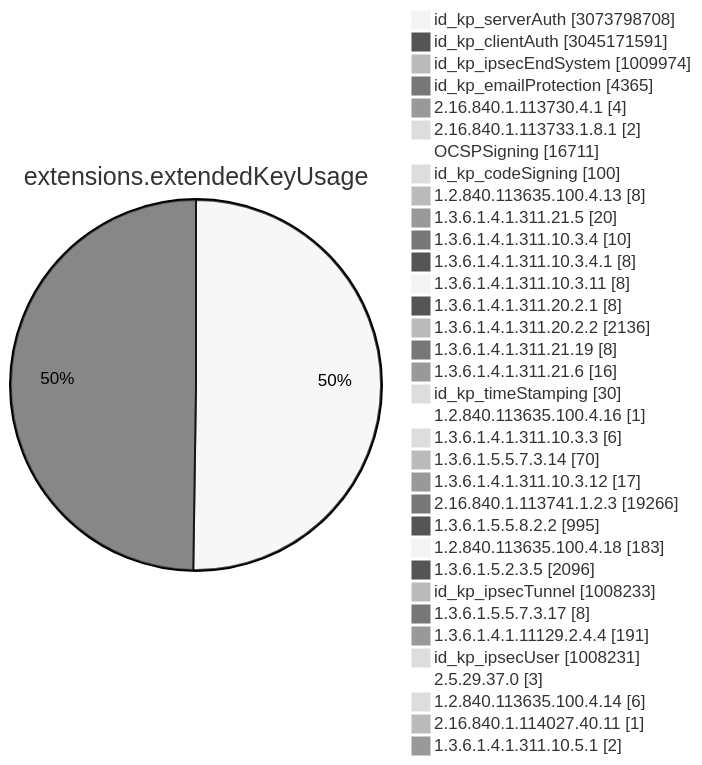
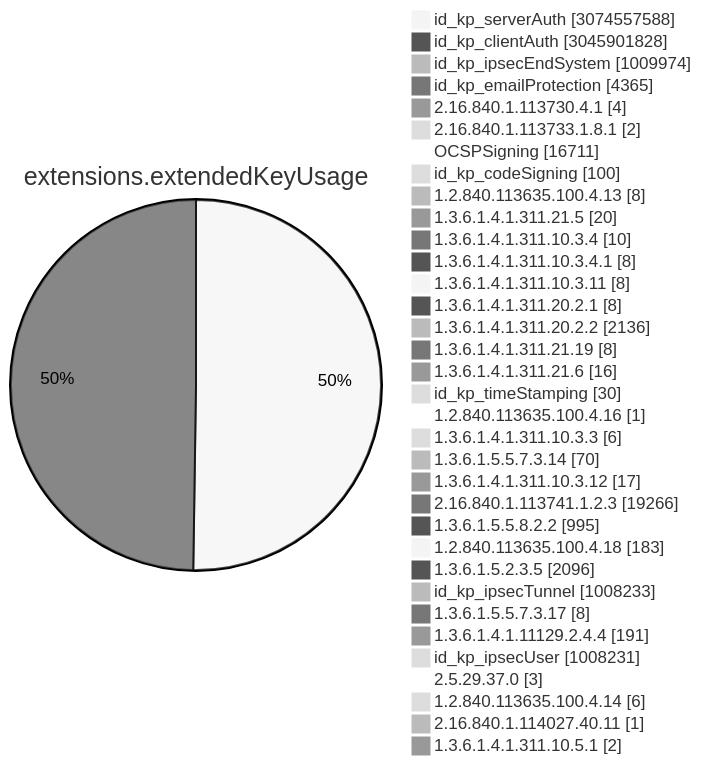
Before and after one commit to christiankrug/ctmonitor_visualization: diagram 11 of 15 in TOTAL/README.md, drawn with Mermaid (neutral theme). The commit also changed other lines of this file, not shown here.

````diff
--- a/TOTAL/README.md
+++ b/TOTAL/README.md
@@ -4117,38 +4117,38 @@
 ```mermaid
 pie showData
 title extensions.extendedKeyUsage
-"id_kp_serverAuth" :3073798708
-"id_kp_clientAuth" :3045171591
+"id_kp_serverAuth" :3074557588
+"id_kp_clientAuth" :3045901828
 "id_kp_ipsecEndSystem" :1009974
 "id_kp_emailProtection" :4365
 "2.16.840.1.113730.4.1" :4
 "2.16.840.1.113733.1.8.1" :2
 "OCSPSigning" :16711
 "id_kp_codeSigning" :100
 "1.2.840.113635.100.4.13" :8
 "1.3.6.1.4.1.311.21.5" :20
 "1.3.6.1.4.1.311.10.3.4" :10
 "1.3.6.1.4.1.311.10.3.4.1" :8
 "1.3.6.1.4.1.311.10.3.11" :8
 "1.3.6.1.4.1.311.20.2.1" :8
 "1.3.6.1.4.1.311.20.2.2" :2136
 "1.3.6.1.4.1.311.21.19" :8
 "1.3.6.1.4.1.311.21.6" :16
 "id_kp_timeStamping" :30
 "1.2.840.113635.100.4.16" :1
 "1.3.6.1.4.1.311.10.3.3" :6
 "1.3.6.1.5.5.7.3.14" :70
 "1.3.6.1.4.1.311.10.3.12" :17
 "2.16.840.1.113741.1.2.3" :19266
 "1.3.6.1.5.5.8.2.2" :995
 "1.2.840.113635.100.4.18" :183
 "1.3.6.1.5.2.3.5" :2096
 "id_kp_ipsecTunnel" :1008233
 "1.3.6.1.5.5.7.3.17" :8
 "1.3.6.1.4.1.11129.2.4.4" :191
 "id_kp_ipsecUser" :1008231
 "2.5.29.37.0" :3
 "1.2.840.113635.100.4.14" :6
 "2.16.840.1.114027.40.11" :1
 "1.3.6.1.4.1.311.10.5.1" :2
 ```
````
